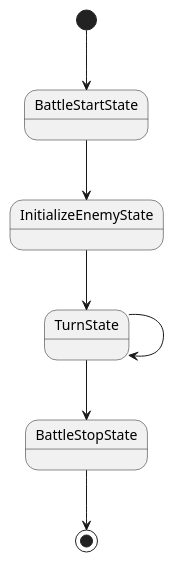
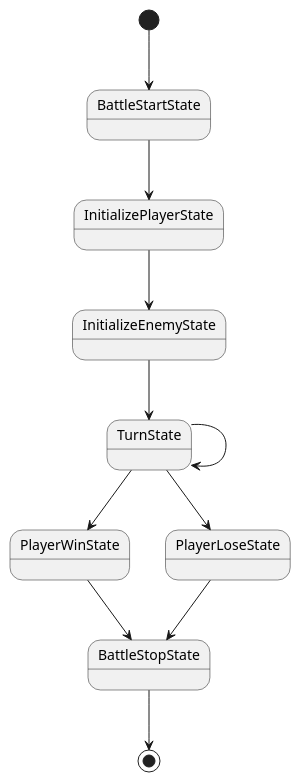
One commit to natsuhiko-maekawa/RPG changed the diagram in Documents/PlantUML/BattleStateDiagram.puml. Above: the diagram before and after it, drawn with PlantUML. The commit also changed 7 other files, not shown here.

```diff
--- a/Documents/PlantUML/BattleStateDiagram.puml
+++ b/Documents/PlantUML/BattleStateDiagram.puml
@@ -1,18 +1,22 @@
 @startuml
 'https://plantuml.com/ja/state-diagram
 
 <style>
 stateDiagram {
   arrow {
     FontSize 10
   }
 }
 </style>
 
 [*] --> BattleStartState
-BattleStartState --> InitializeEnemyState
+BattleStartState --> InitializePlayerState
+InitializePlayerState --> InitializeEnemyState
 InitializeEnemyState --> TurnState
 TurnState --> TurnState
-TurnState --> BattleStopState
+TurnState --> PlayerWinState
+PlayerWinState --> BattleStopState
+TurnState --> PlayerLoseState
+PlayerLoseState --> BattleStopState
 BattleStopState --> [*]
 @enduml
```
